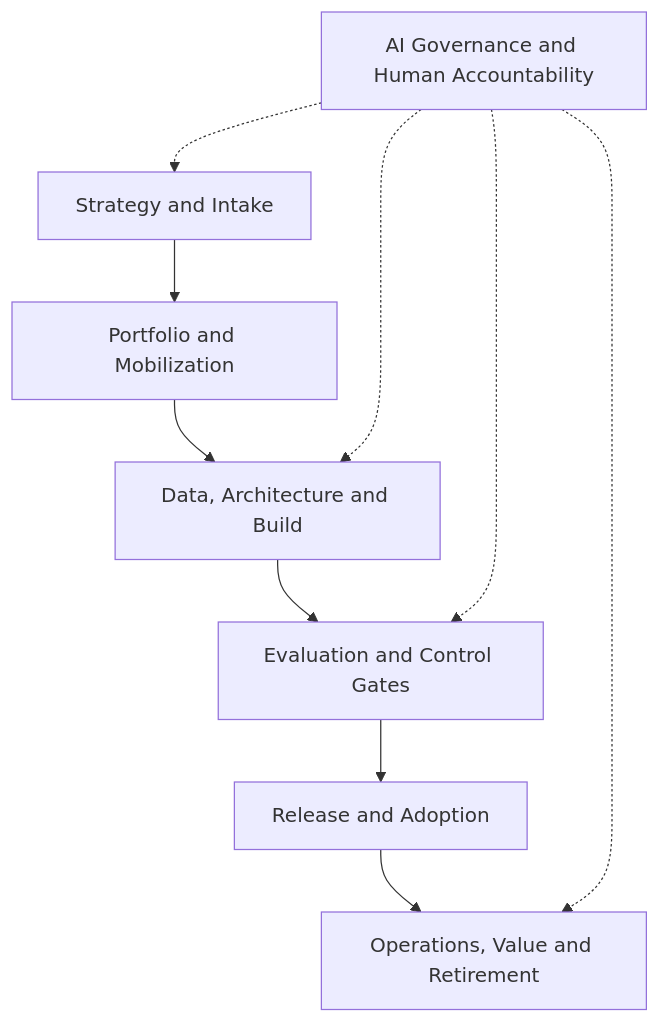
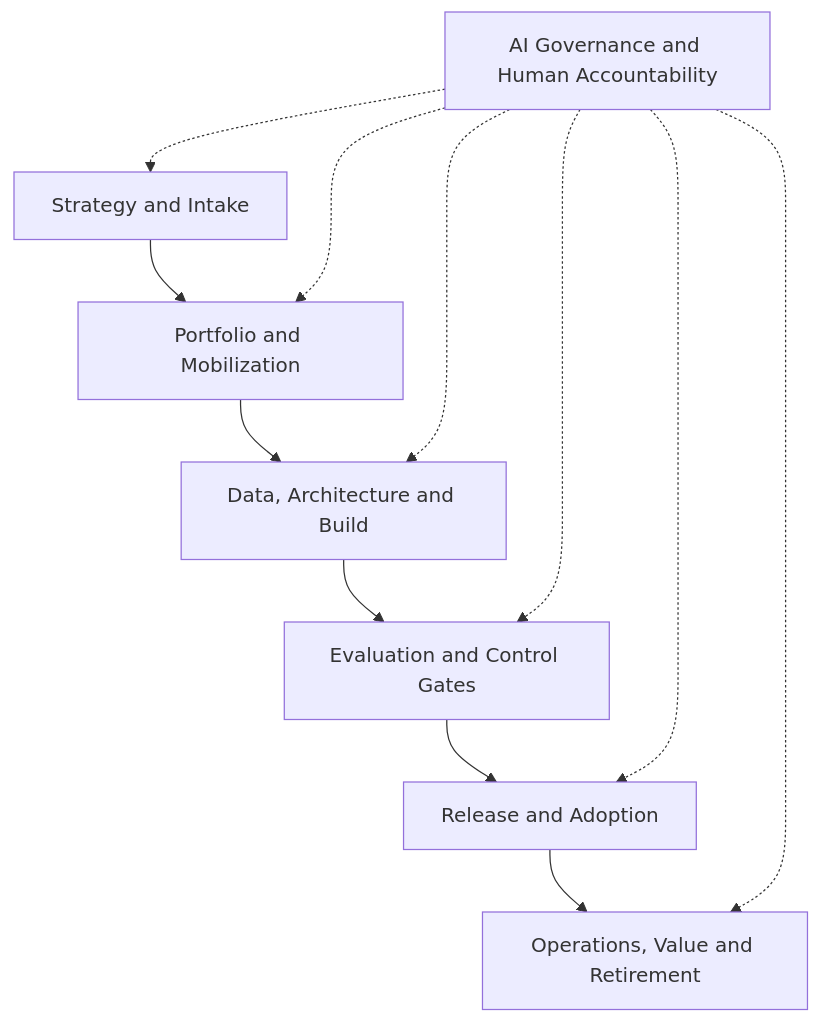
One commit to karunmehta-aigp/ai-pm-delivery-toolkit changed the diagram in project-3-ai-pmo-skills/README.md. Above: the diagram before and after it, drawn with Mermaid. The commit also changed other lines of this file, not shown here.

````diff
--- a/project-3-ai-pmo-skills/README.md
+++ b/project-3-ai-pmo-skills/README.md
@@ -37,12 +35,14 @@
 ```mermaid
 flowchart TD
     A[Strategy and Intake] --> B[Portfolio and Mobilization]
     B --> C[Data, Architecture and Build]
     C --> D[Evaluation and Control Gates]
     D --> E[Release and Adoption]
     E --> F[Operations, Value and Retirement]
     G[AI Governance and Human Accountability] -.-> A
+    G -.-> B
     G -.-> C
     G -.-> D
+    G -.-> E
     G -.-> F
 ```
````
